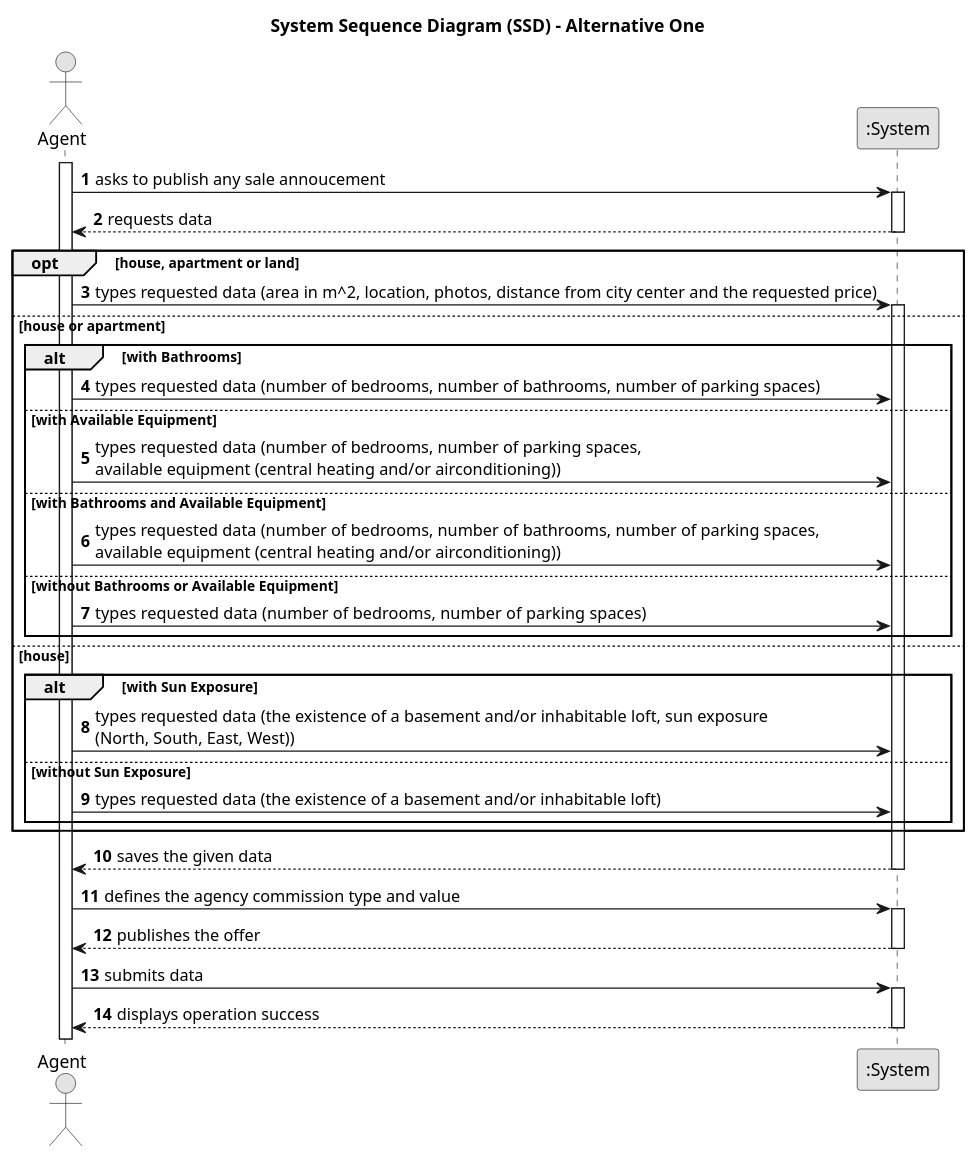
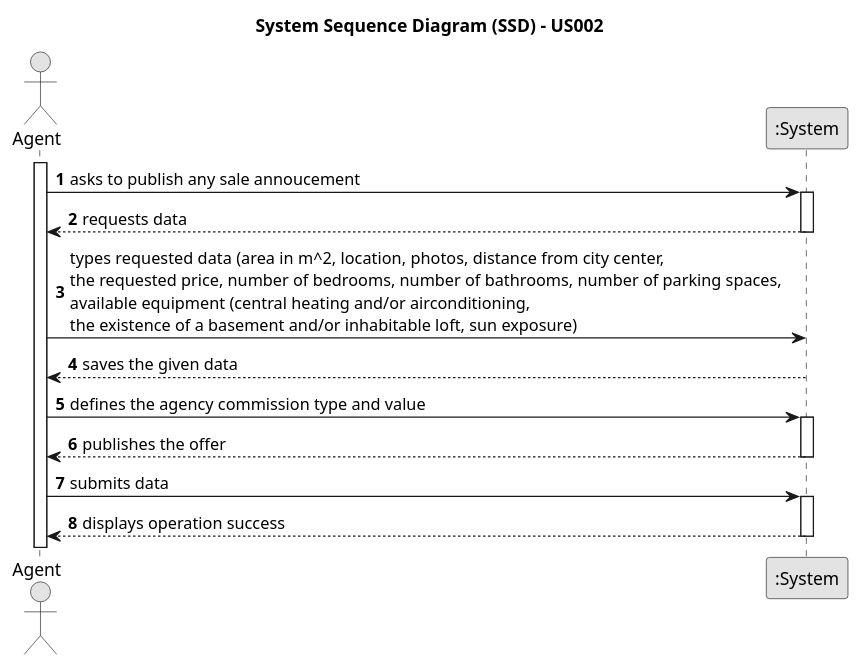
The diagram in docs/sprintA/US02/01.requirements-engineering/puml/us02-system-sequence-diagram.puml (PureNimble/ISEP-LAPR2), drawn with PlantUML before and after one commit. The commit also changed 2 other files, not shown here.

Commit message:
us02-system-sequence-diagram-System update

```diff
--- a/docs/sprintA/US02/01.requirements-engineering/puml/us02-system-sequence-diagram.puml
+++ b/docs/sprintA/US02/01.requirements-engineering/puml/us02-system-sequence-diagram.puml
@@ -1,83 +1,39 @@
 @startuml
 skinparam monochrome true
 skinparam packageStyle rectangle
 skinparam shadowing false
 
-title System Sequence Diagram (SSD) - Alternative One
+title System Sequence Diagram (SSD) - US002
 
 autonumber
 
 actor "Agent" as Agent
 participant ":System" as System
 
 activate Agent
 
     Agent -> System : asks to publish any sale annoucement
     activate System
 
         System --> Agent : requests data
     deactivate System
 
-    opt house, apartment or land
+        Agent -> System : types requested data (area in m^2, location, photos, distance from city center, \nthe requested price, number of bedrooms, number of bathrooms, number of parking spaces, \navailable equipment (central heating and/or airconditioning, \nthe existence of a basement and/or inhabitable loft, sun exposure)
 
-        Agent -> System : types requested data (area in m^2, location, photos, distance from city center and the requested price)
 
+     System --> Agent : saves the given data
+            deactivate System
+
+        Agent -> System : defines the agency commission type and value
+            activate System
+
+        System --> Agent : publishes the offer
+        deactivate System
+
+        Agent -> System : submits data
         activate System
 
-        else house or apartment
-
-            alt with Bathrooms
-
-                Agent -> System : types requested data (number of bedrooms, number of bathrooms, number of parking spaces)
-
-
-             else with Available Equipment
-
-                Agent -> System : types requested data (number of bedrooms, number of parking spaces, \navailable equipment (central heating and/or airconditioning))
-
-
-             else with Bathrooms and Available Equipment
-
-                Agent -> System : types requested data (number of bedrooms, number of bathrooms, number of parking spaces, \navailable equipment (central heating and/or airconditioning))
-
-
-             else without Bathrooms or Available Equipment
-
-                 Agent -> System : types requested data (number of bedrooms,  number of parking spaces)
-
-            end
-
-
-        else house
-
-            alt with Sun Exposure
-
-                Agent -> System : types requested data (the existence of a basement and/or inhabitable loft, sun exposure \n(North, South, East, West))
-
-
-            else without Sun Exposure
-
-                Agent -> System : types requested data (the existence of a basement and/or inhabitable loft)
-
-
-             end
-
-     end
-
-    System --> Agent : saves the given data
+        System --> Agent : displays operation success
         deactivate System
 
-    Agent -> System : defines the agency commission type and value
-        activate System
-
-    System --> Agent : publishes the offer
-    deactivate System
-
-    Agent -> System : submits data
-    activate System
-
-    System --> Agent : displays operation success
-    deactivate System
-
-
 @enduml
```
